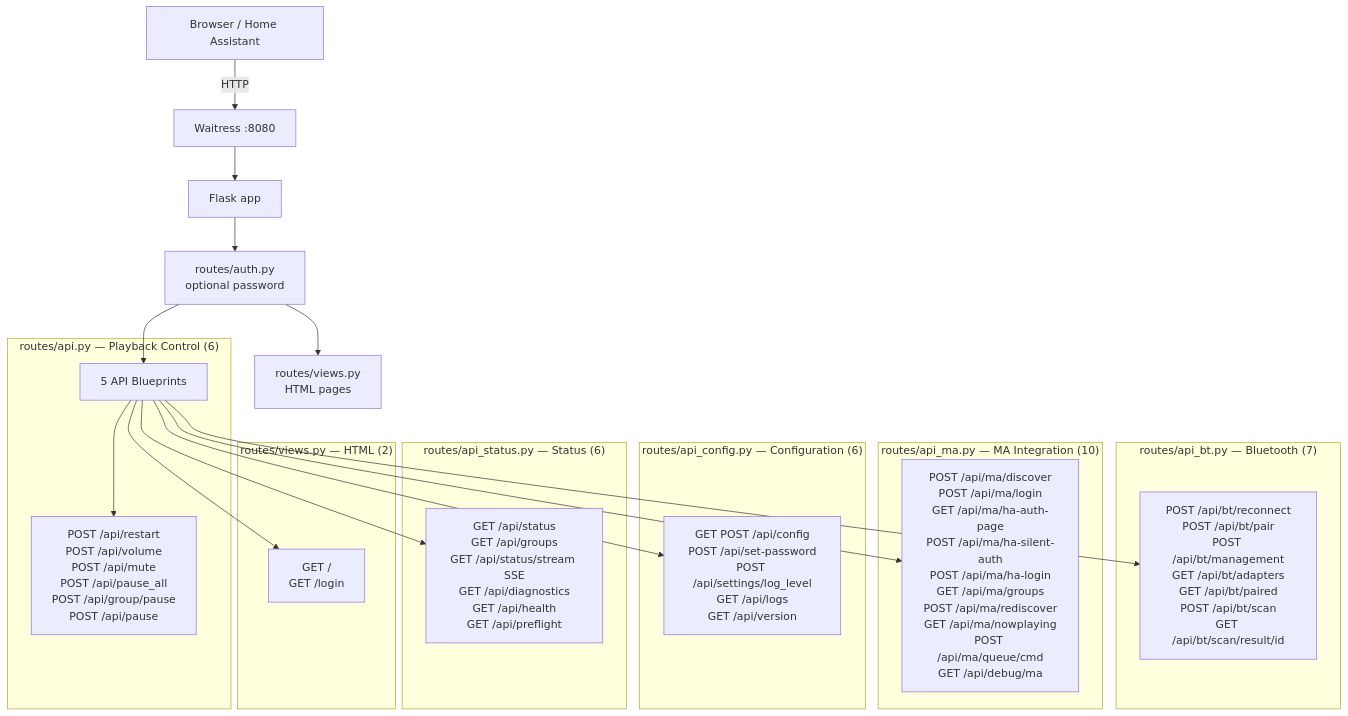
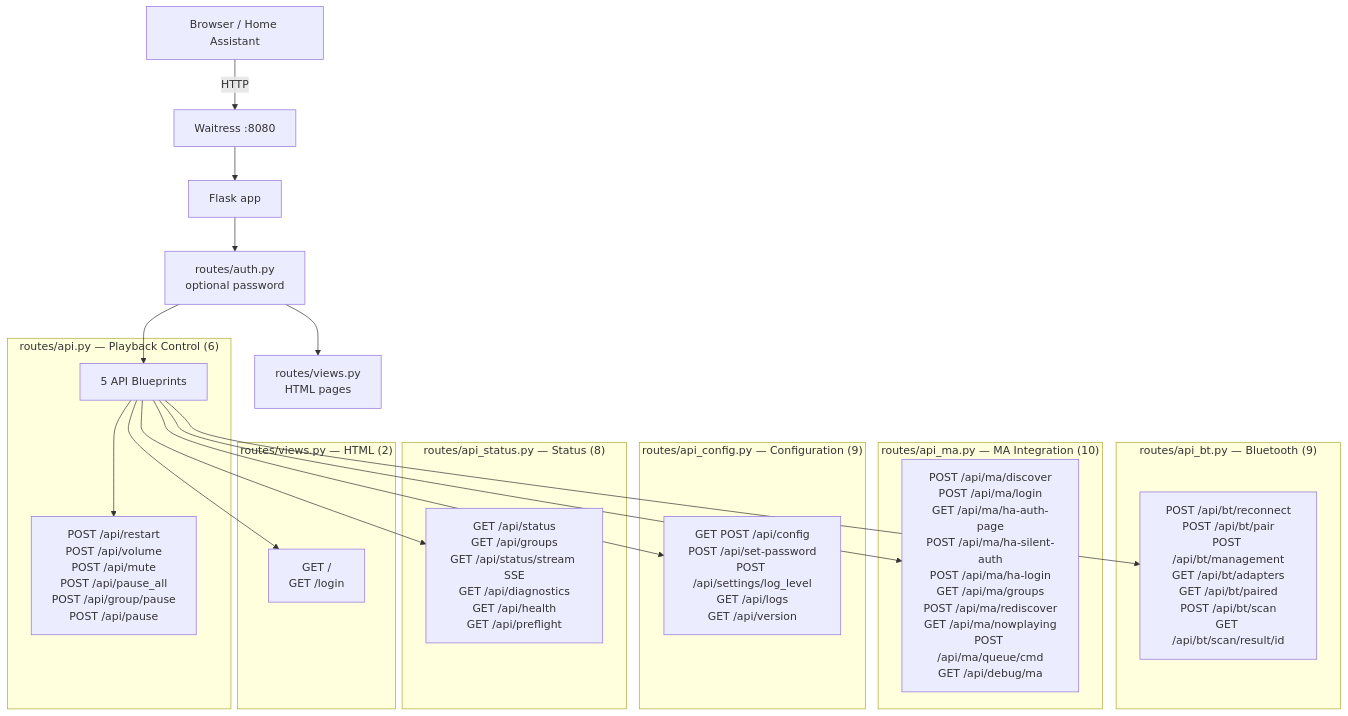
One commit to trudenboy/sendspin-bt-bridge changed diagram 12 of 25 in docs-site/src/content/docs/architecture.md. Above: the diagram before and after it, drawn with Mermaid. The commit also changed other lines of this file and 12 other files, not shown here.

````diff
--- a/docs-site/src/content/docs/architecture.md
+++ b/docs-site/src/content/docs/architecture.md
@@ -503,32 +503,32 @@
 ```mermaid
 graph TD
     CLIENT[Browser / Home Assistant] -->|HTTP| WAITRESS[Waitress :8080]
     WAITRESS --> FLASK[Flask app]
     FLASK --> AUTH[routes/auth.py<br/>optional password]
     AUTH --> VIEW[routes/views.py<br/>HTML pages]
     AUTH --> API_MOD[5 API Blueprints]
 
     subgraph "routes/api.py — Playback Control (6)"
         API_MOD --> CTRL[POST /api/restart<br/>POST /api/volume<br/>POST /api/mute<br/>POST /api/pause_all<br/>POST /api/group/pause<br/>POST /api/pause]
     end
 
-    subgraph "routes/api_bt.py — Bluetooth (7)"
+    subgraph "routes/api_bt.py — Bluetooth (9)"
         API_MOD --> BT[POST /api/bt/reconnect<br/>POST /api/bt/pair<br/>POST /api/bt/management<br/>GET /api/bt/adapters<br/>GET /api/bt/paired<br/>POST /api/bt/scan<br/>GET /api/bt/scan/result/id]
     end
 
     subgraph "routes/api_ma.py — MA Integration (10)"
         API_MOD --> MAAPI[POST /api/ma/discover<br/>POST /api/ma/login<br/>GET /api/ma/ha-auth-page<br/>POST /api/ma/ha-silent-auth<br/>POST /api/ma/ha-login<br/>GET /api/ma/groups<br/>POST /api/ma/rediscover<br/>GET /api/ma/nowplaying<br/>POST /api/ma/queue/cmd<br/>GET /api/debug/ma]
     end
 
-    subgraph "routes/api_config.py — Configuration (6)"
+    subgraph "routes/api_config.py — Configuration (9)"
         API_MOD --> CFG[GET POST /api/config<br/>POST /api/set-password<br/>POST /api/settings/log_level<br/>GET /api/logs<br/>GET /api/version]
     end
 
-    subgraph "routes/api_status.py — Status (6)"
+    subgraph "routes/api_status.py — Status (8)"
         API_MOD --> STATUS[GET /api/status<br/>GET /api/groups<br/>GET /api/status/stream SSE<br/>GET /api/diagnostics<br/>GET /api/health<br/>GET /api/preflight]
     end
 
     subgraph "routes/views.py — HTML (2)"
         API_MOD --> VIEWS[GET /<br/>GET /login]
     end
 ```
````
